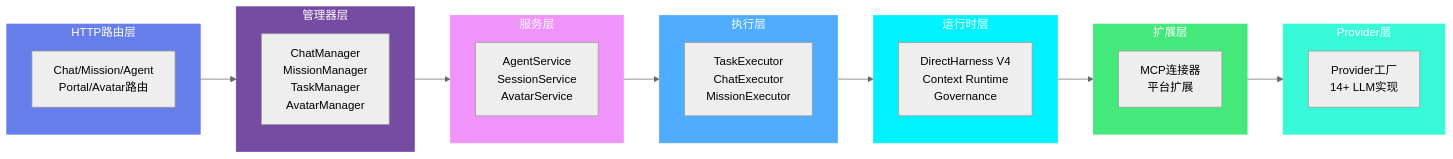
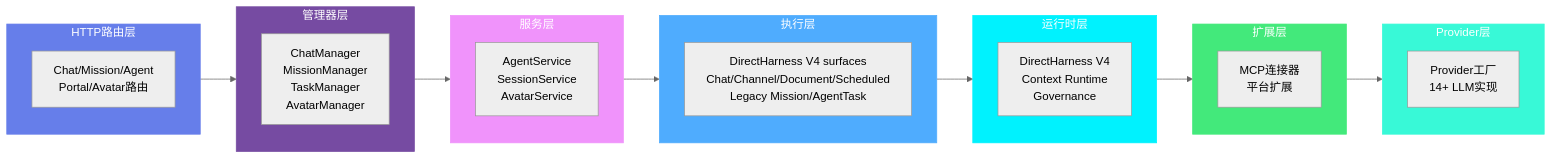
Before and after one commit to jsjm1986/AGIME: the second of 8 diagrams in docs/ARCHITECTURE.md, drawn with Mermaid (neutral theme). The commit also changed other lines of this file and 1 other file, not shown here.

Commit message:
Clarify Harness V4 execution docs

````diff
--- a/docs/ARCHITECTURE.md
+++ b/docs/ARCHITECTURE.md
@@ -28,40 +28,40 @@
 ```mermaid
 graph LR
     subgraph Layer1["HTTP路由层"]
         Routes["Chat/Mission/Agent<br/>Portal/Avatar路由"]
     end
 
     subgraph Layer2["管理器层"]
         Managers["ChatManager<br/>MissionManager<br/>TaskManager<br/>AvatarManager"]
     end
 
     subgraph Layer3["服务层"]
         Services["AgentService<br/>SessionService<br/>AvatarService"]
     end
 
     subgraph Layer4["执行层"]
-        Executors["TaskExecutor<br/>ChatExecutor<br/>MissionExecutor"]
+        Executors["DirectHarness V4 surfaces<br/>Chat/Channel/Document/Scheduled<br/>Legacy Mission/AgentTask"]
     end
 
     subgraph Layer5["运行时层"]
         Runtime["DirectHarness V4<br/>Context Runtime<br/>Governance"]
     end
 
     subgraph Layer6["扩展层"]
         Extensions["MCP连接器<br/>平台扩展"]
     end
 
     subgraph Layer7["Provider层"]
         Providers["Provider工厂<br/>14+ LLM实现"]
     end
 
     Layer1 --> Layer2 --> Layer3 --> Layer4 --> Layer5 --> Layer6 --> Layer7
 
     style Layer1 fill:#667eea,stroke:#667eea,color:#ffffff
     style Layer2 fill:#764ba2,stroke:#764ba2,color:#ffffff
     style Layer3 fill:#f093fb,stroke:#f093fb,color:#ffffff
     style Layer4 fill:#4facfe,stroke:#4facfe,color:#ffffff
     style Layer5 fill:#00f2fe,stroke:#00f2fe,color:#ffffff
     style Layer6 fill:#43e97b,stroke:#43e97b,color:#ffffff
     style Layer7 fill:#38f9d7,stroke:#38f9d7,color:#ffffff
 ```
````
